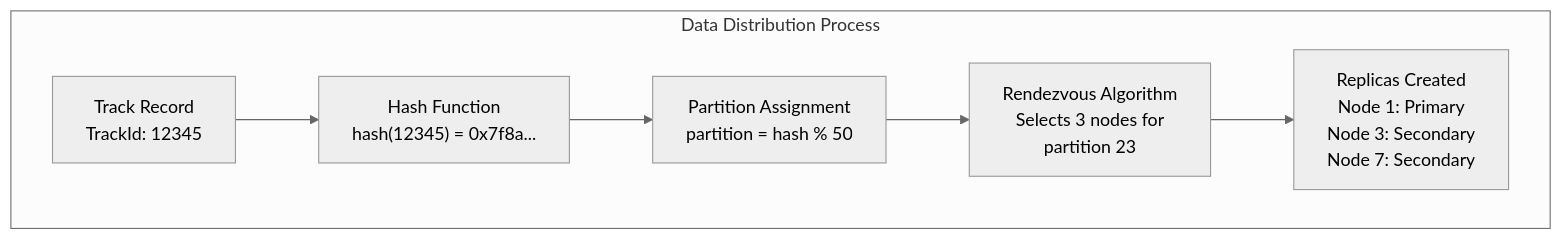
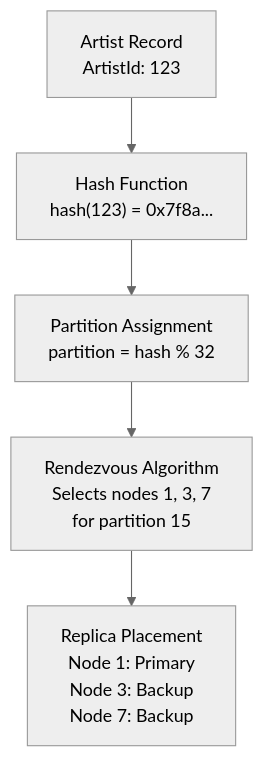
The third of 4 diagrams in docs/01-foundation/03-distributed-data-fundamentals.md (maglietti/ignite3-java-api-primer), drawn with Mermaid (neutral theme) before and after one commit. The commit also changed other lines of this file, not shown here.

````diff
--- a/docs/01-foundation/03-distributed-data-fundamentals.md
+++ b/docs/01-foundation/03-distributed-data-fundamentals.md
@@ -399,9 +182,7 @@
 ```mermaid
-graph TB
-    subgraph "Data Distribution Process"
-        DATA["Track Record<br/>TrackId: 12345"] --> HASH["Hash Function<br/>hash(12345) = 0x7f8a..."]
-        HASH --> PARTITION["Partition Assignment<br/>partition = hash % 50"]
-        PARTITION --> NODES["Rendezvous Algorithm<br/>Selects 3 nodes for<br/>partition 23"]
-        NODES --> REPLICAS["Replicas Created<br/>Node 1: Primary<br/>Node 3: Secondary<br/>Node 7: Secondary"]
-    end
+flowchart TD
+    A["Artist Record<br/>ArtistId: 123"] --> B["Hash Function<br/>hash(123) = 0x7f8a..."]
+    B --> C["Partition Assignment<br/>partition = hash % 32"]
+    C --> D["Rendezvous Algorithm<br/>Selects nodes 1, 3, 7<br/>for partition 15"]
+    D --> E["Replica Placement<br/>Node 1: Primary<br/>Node 3: Backup<br/>Node 7: Backup"]
 ```
````
